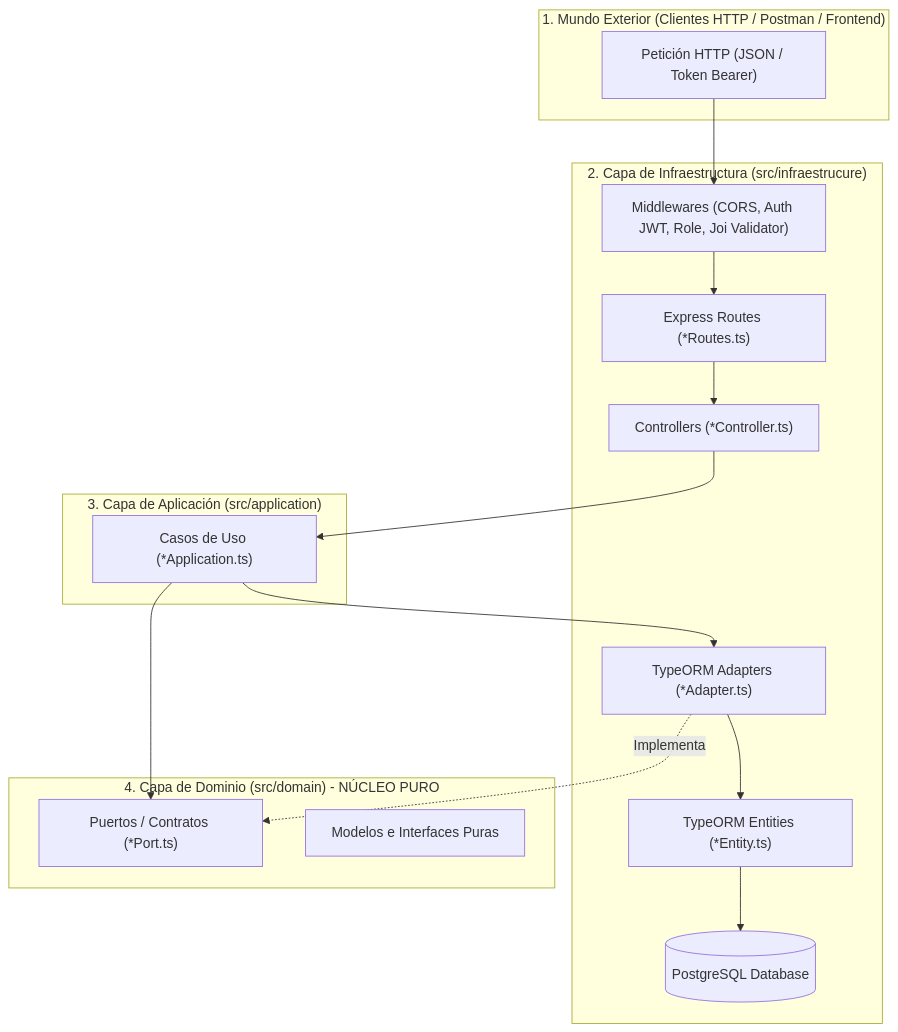
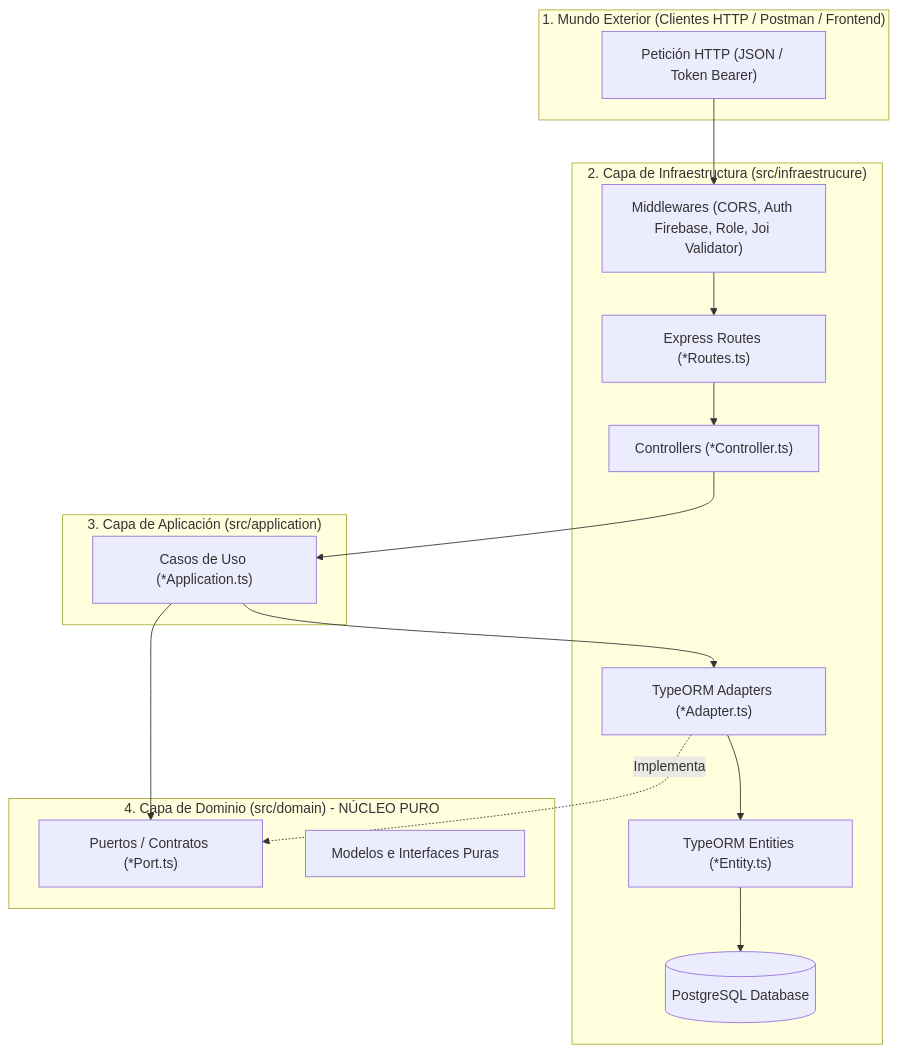
Before and after one commit to DAVMARTZ/Proyecto_Encuestas: the second of 4 diagrams in DEV3.MD, drawn with Mermaid. The commit also changed other lines of this file and 5 other files, not shown here.

````diff
--- a/DEV3.MD
+++ b/DEV3.MD
@@ -48,34 +48,34 @@
 ```mermaid
 flowchart TD
     subgraph EXTERNO ["1. Mundo Exterior (Clientes HTTP / Postman / Frontend)"]
         HTTP_REQ["Petición HTTP (JSON / Token Bearer)"]
     end
 
     subgraph INFRAESTRUCTURA ["2. Capa de Infraestructura (src/infraestrucure)"]
-        MW["Middlewares (CORS, Auth JWT, Role, Joi Validator)"]
+        MW["Middlewares (CORS, Auth Firebase, Role, Joi Validator)"]
         ROUTER["Express Routes (*Routes.ts)"]
         CONTROLLER["Controllers (*Controller.ts)"]
         ADAPTER["TypeORM Adapters (*Adapter.ts)"]
         ENTITIES["TypeORM Entities (*Entity.ts)"]
         DB[(PostgreSQL Database)]
     end
 
     subgraph APLICACION ["3. Capa de Aplicación (src/application)"]
         APP_SERVICES["Casos de Uso (*Application.ts)"]
     end
 
     subgraph DOMINIO ["4. Capa de Dominio (src/domain) - NÚCLEO PURO"]
         PORTS["Puertos / Contratos (*Port.ts)"]
         MODELS["Modelos e Interfaces Puras"]
     end
 
     HTTP_REQ --> MW
     MW --> ROUTER
     ROUTER --> CONTROLLER
     CONTROLLER --> APP_SERVICES
     APP_SERVICES --> PORTS
     ADAPTER -.->|Implementa| PORTS
     APP_SERVICES --> ADAPTER
     ADAPTER --> ENTITIES
     ENTITIES --> DB
 ```
````
